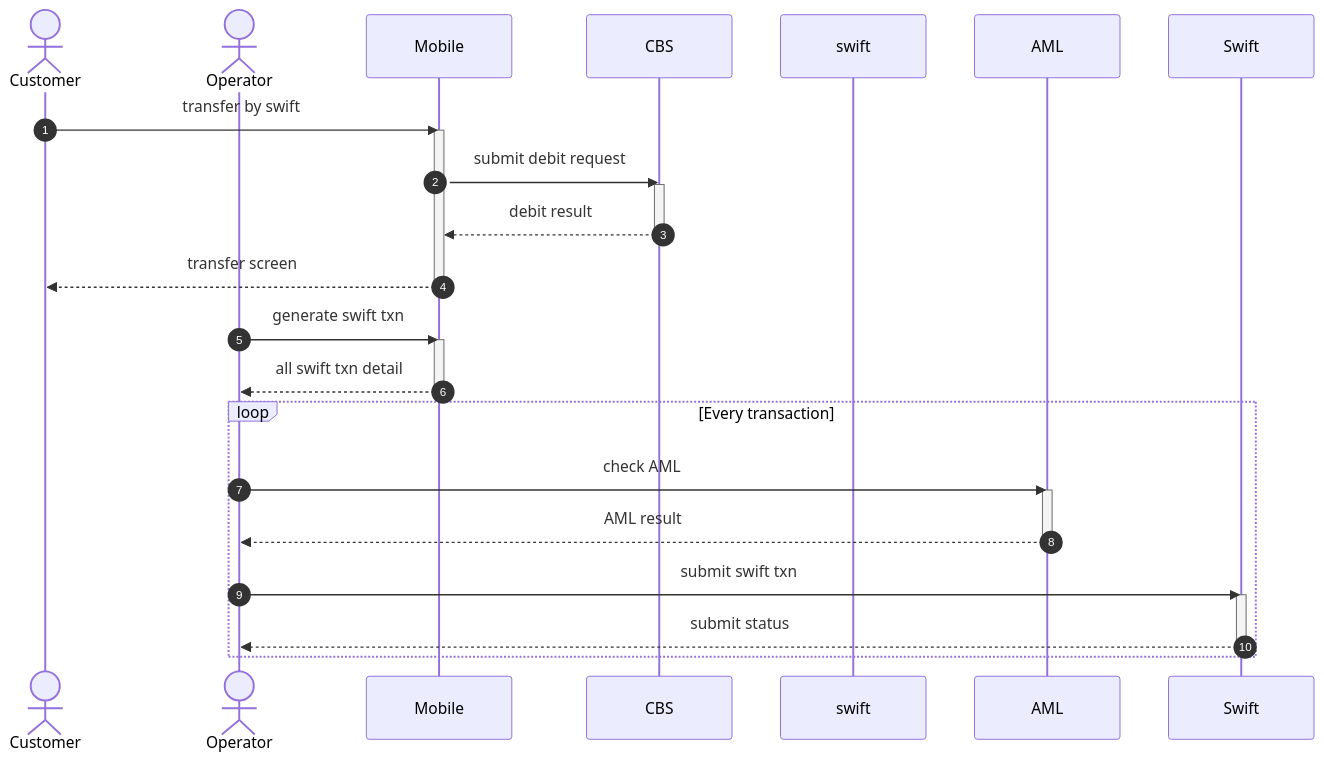
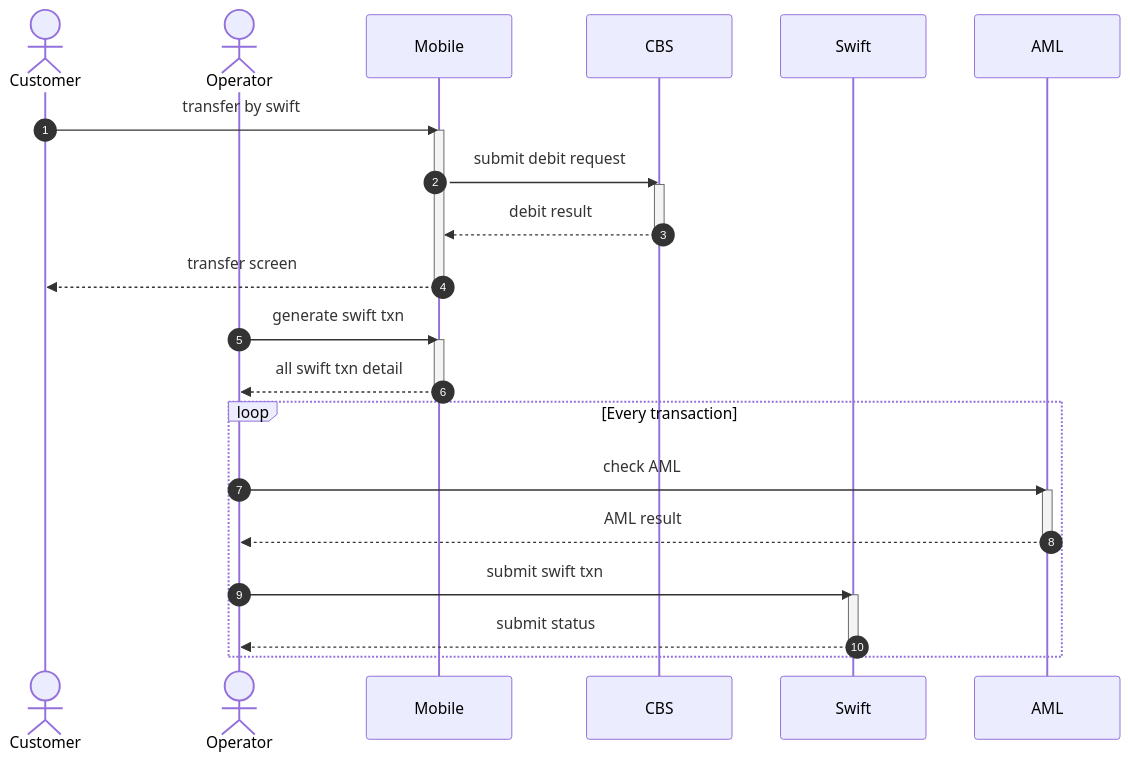
The first of 7 diagrams in readme.md (Samedy/greeter), drawn with Mermaid before and after one commit. The commit also changed other lines of this file and 6 other files, not shown here.

````diff
--- a/readme.md
+++ b/readme.md
@@ -2,32 +2,32 @@
 ```mermaid
 sequenceDiagram
     autonumber
     actor Customer
     actor Operator
     participant Mobile
     participant CBS
-    participant swift
+    participant Swift
     participant AML
     Customer->>Mobile: transfer by swift
     activate Mobile
     Mobile->>CBS: submit debit request
     activate CBS
     CBS-->>Mobile: debit result
     deactivate CBS
     Mobile-->>Customer: transfer screen
     deactivate Mobile
     Operator->>Mobile: generate swift txn
     activate Mobile
     Mobile-->>Operator: all swift txn detail
     deactivate Mobile
     loop Every transaction
         Operator->>AML: check AML
         activate AML
         AML-->>Operator: AML result
         deactivate AML
         Operator->>Swift: submit swift txn
         activate Swift
         Swift-->>Operator: submit status
         deactivate Swift
     end
 ```
````
